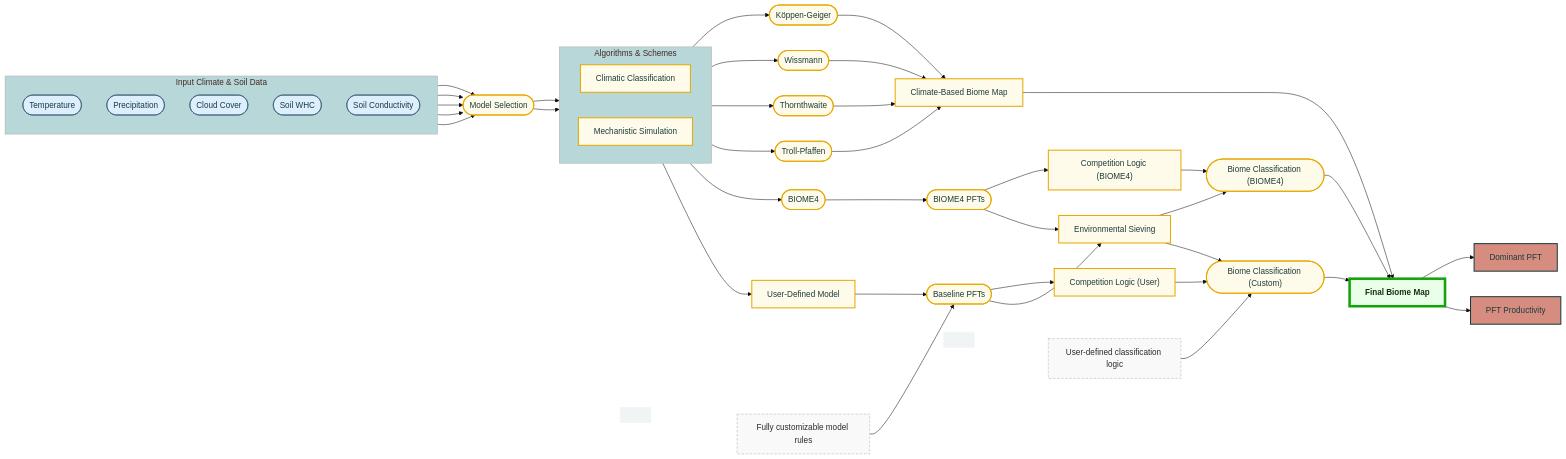
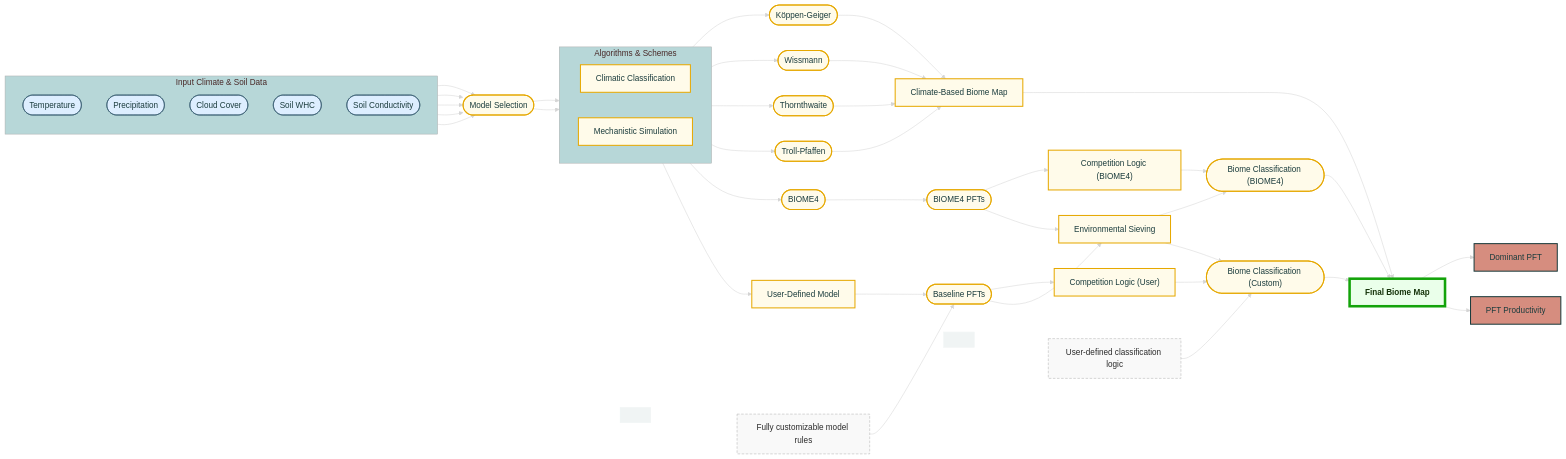
Before and after one commit to clechartre/Biome.jl: the diagram in README.md, drawn with Mermaid.

```diff
--- a/README.md
+++ b/README.md
@@ -28,8 +28,9 @@
     secondaryColor: '#F3E3AB'
     tertiaryColor: '#B7D7D8'
     edgeLabelBackground: '#FFFFFF'
-    background: '#F0F4F4'
-    textColor: '#1B3C3D'
+    background: '#2B2B2B'  # Dark grey background
+    edgeColor: '#FFFFFF'   # White arrows
+    textColor: '#FFFFFF'   # Optional: white text for visibility
     fontFamily: ''
     fontSize: 16px
     noteBkgColor: '#F9F9F9'
```
